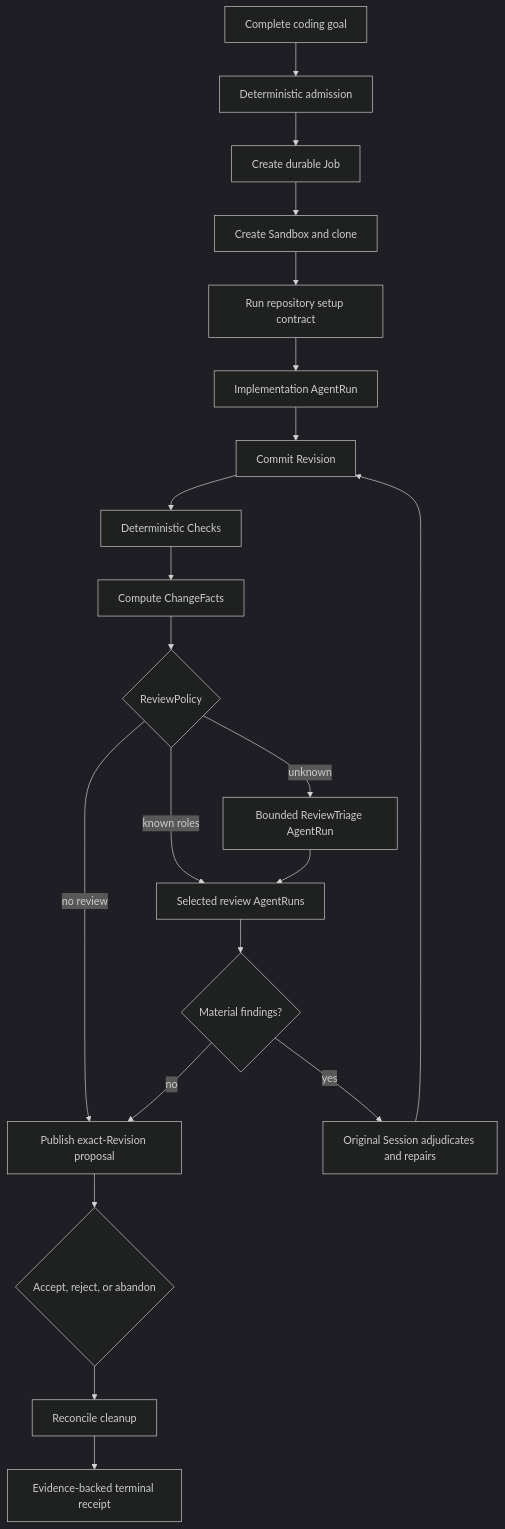
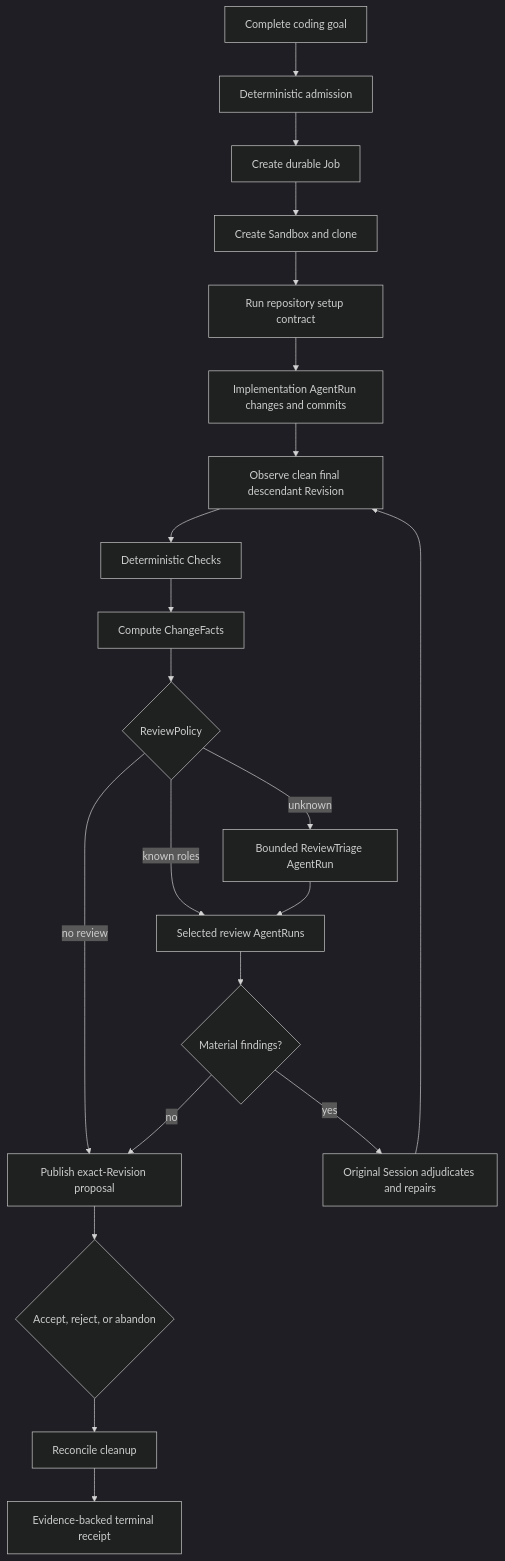
One commit to aphronio/dorf changed the diagram in docs/project/north-star.md. Above: the diagram before and after it, drawn with Mermaid (dark theme). The commit also changed other lines of this file and 23 other files, not shown here.

Commit message:
refactor: let agent runs own commits

````diff
--- a/docs/project/north-star.md
+++ b/docs/project/north-star.md
@@ -37,23 +37,23 @@
 ```mermaid
 flowchart TD
     Intent["Complete coding goal"] --> Admit["Deterministic admission"]
     Admit --> Job["Create durable Job"]
     Job --> Sandbox["Create Sandbox and clone"]
     Sandbox --> Setup["Run repository setup contract"]
-    Setup --> Implement["Implementation AgentRun"]
-    Implement --> Revision["Commit Revision"]
+    Setup --> Implement["Implementation AgentRun changes and commits"]
+    Implement --> Revision["Observe clean final descendant Revision"]
     Revision --> Checks["Deterministic Checks"]
     Checks --> Facts["Compute ChangeFacts"]
     Facts --> Policy{"ReviewPolicy"}
     Policy -->|"known roles"| Reviews["Selected review AgentRuns"]
     Policy -->|"unknown"| Triage["Bounded ReviewTriage AgentRun"]
     Triage --> Reviews
     Policy -->|"no review"| Proposal
     Reviews --> Findings{"Material findings?"}
     Findings -->|"yes"| Repair["Original Session adjudicates and repairs"]
     Repair --> Revision
     Findings -->|"no"| Proposal["Publish exact-Revision proposal"]
     Proposal --> Outcome{"Accept, reject, or abandon"}
     Outcome --> Cleanup["Reconcile cleanup"]
     Cleanup --> Receipt["Evidence-backed terminal receipt"]
 ```
````
